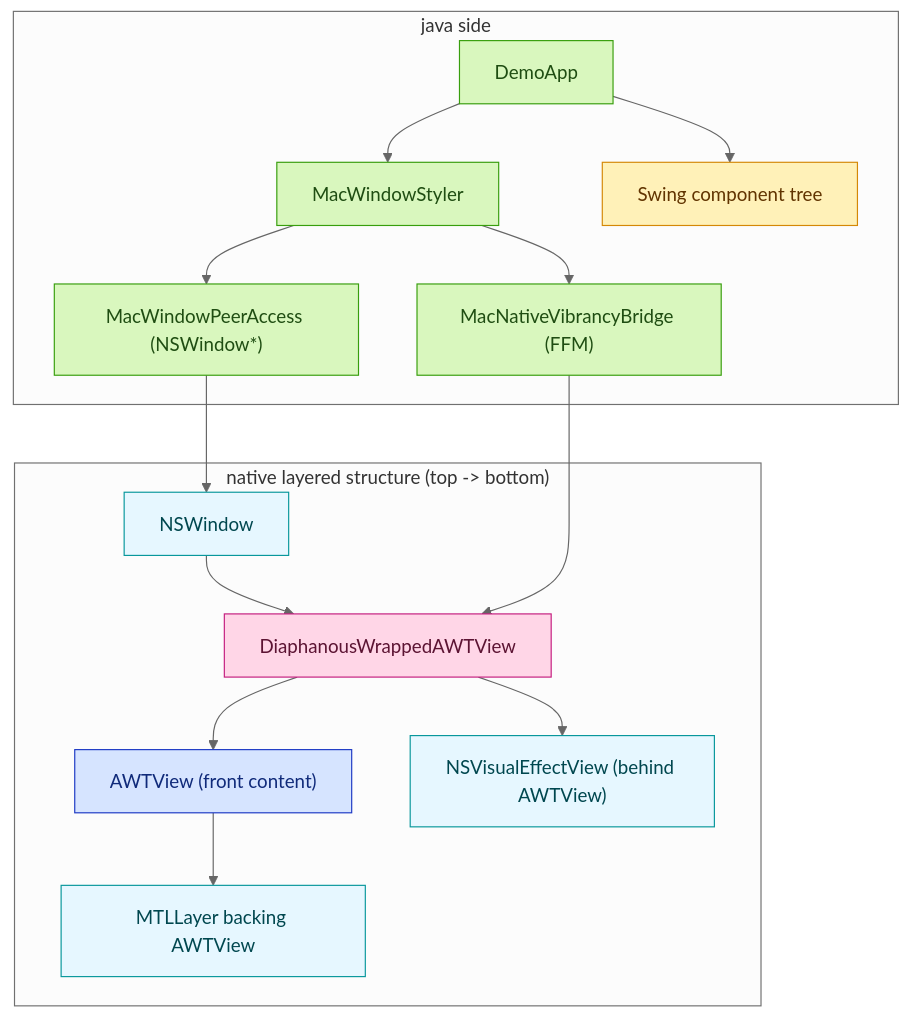
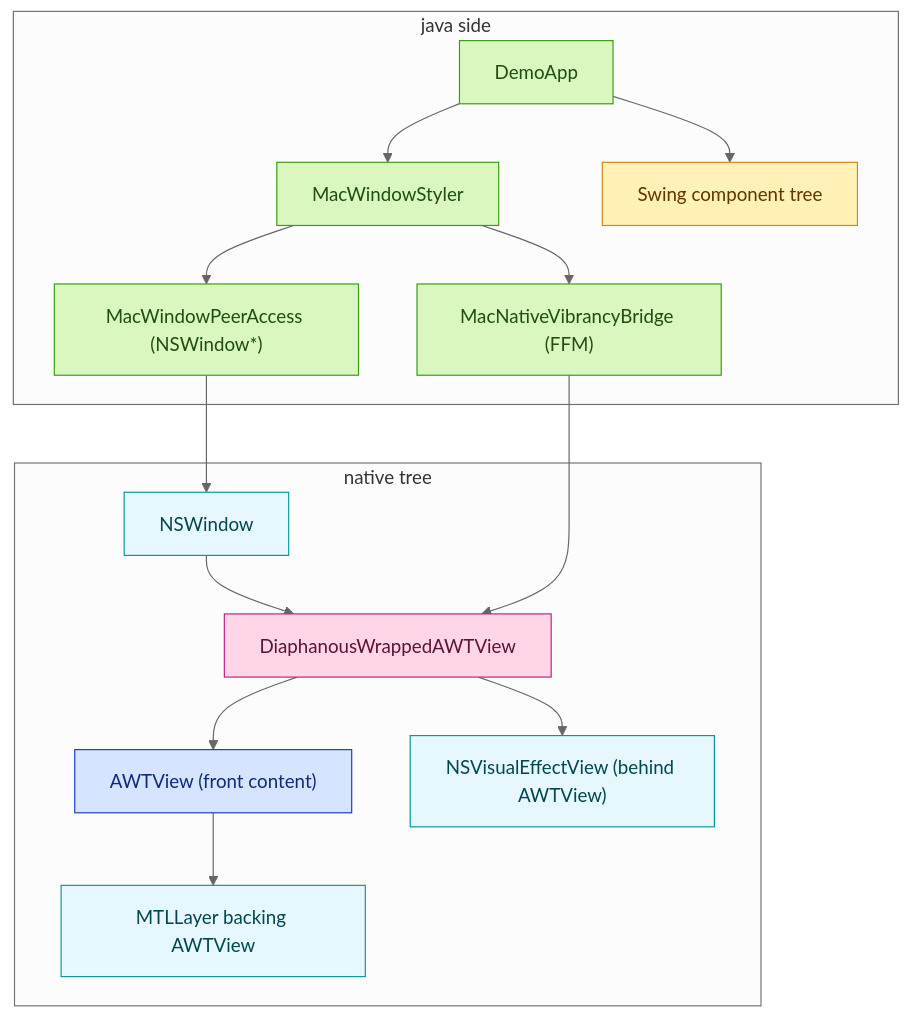
The second of 2 diagrams in docs/004-decorated-vibrancy-progress.md (bric3/diaphanous-swing), drawn with Mermaid (neutral theme) before and after one commit. The commit also changed other lines of this file, not shown here.

````diff
--- a/docs/004-decorated-vibrancy-progress.md
+++ b/docs/004-decorated-vibrancy-progress.md
@@ -66,41 +105,41 @@
 ```mermaid
 flowchart TB
   subgraph Java["java side"]
     Demo["DemoApp"]
     Styler["MacWindowStyler"]
     Bridge["MacNativeVibrancyBridge (FFM)"]
     Peer["MacWindowPeerAccess (NSWindow*)"]
     SwingTree["Swing component tree"]
     Demo --> Styler
     Styler --> Bridge
     Styler --> Peer
     Demo --> SwingTree
   end
 
-  subgraph Native["native layered structure (top -> bottom)"]
+  subgraph Native["native tree"]
     Win["NSWindow"]
     Wrapper["DiaphanousWrappedAWTView"]
     Awt["AWTView (front content)"]
     Mtl["MTLLayer backing AWTView"]
     Effect["NSVisualEffectView (behind AWTView)"]
     Win --> Wrapper
     Wrapper --> Awt
     Awt --> Mtl
     Wrapper --> Effect
   end
 
   Peer --> Win
   Bridge --> Wrapper
 
   classDef pureJavaMine fill:#d9f7be,stroke:#389e0d,color:#1f4d12
   classDef pureJavaJdk fill:#fff1b8,stroke:#d48806,color:#613400
   classDef nativeMine fill:#ffd6e7,stroke:#c41d7f,color:#5c1433
   classDef nativeJdk fill:#d6e4ff,stroke:#1d39c4,color:#102a7a
   classDef nativeMac fill:#e6f7ff,stroke:#08979c,color:#00474f
 
   class Demo,Styler,Bridge,Peer pureJavaMine
   class SwingTree pureJavaJdk
   class Wrapper nativeMine
   class Awt nativeJdk
   class Win,Mtl,Effect nativeMac
 ```
````
